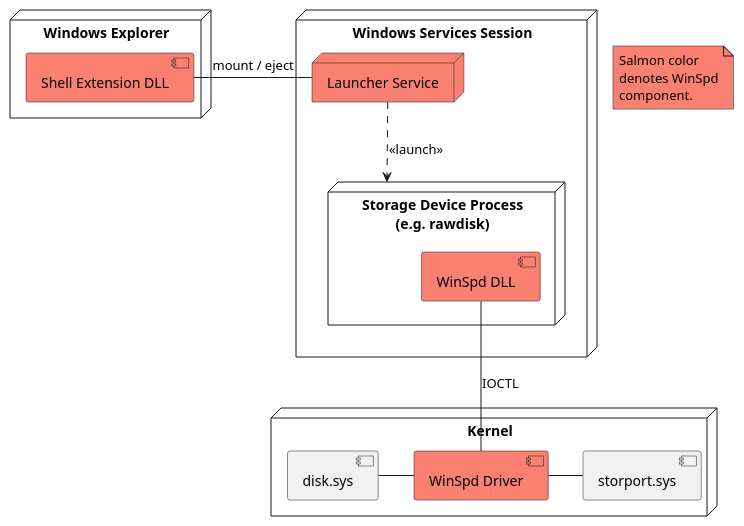
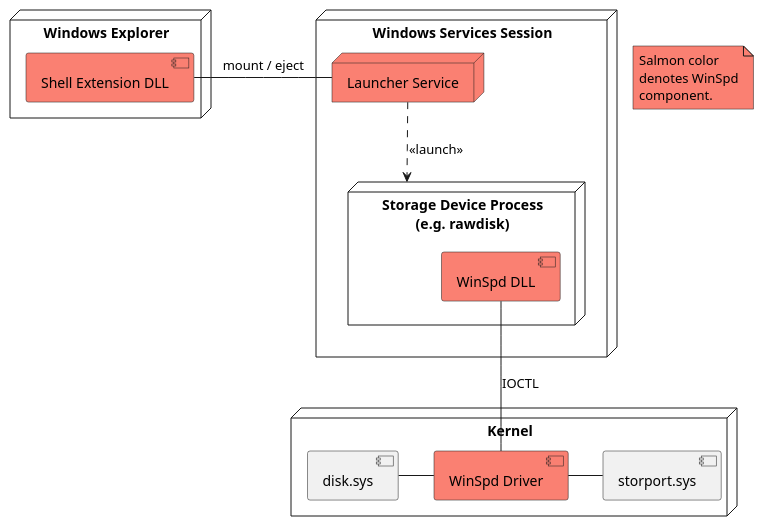
The diagram in doc/architecture.puml (winfsp/winspd), drawn with PlantUML before and after one commit. The commit also changed 2 other files, not shown here.

```diff
--- a/doc/architecture.puml
+++ b/doc/architecture.puml
@@ -1,30 +1,30 @@
 @startuml
 skinparam componentStyle uml2
 
 node "Windows Explorer" as explorer {
     component "Shell Extension DLL" as shellex #Salmon
 }
 
 node "Windows Services Session" as svc {
         node "Launcher Service" as launcher #Salmon
         node "Storage Device Process\n(e.g. rawdisk)" as stgdev {
             component "WinSpd DLL" as dll #Salmon
         }
         launcher ..> stgdev: <<launch>>
 }
 
-shellex - launcher: mount / eject
+shellex - launcher: "   mount / eject   "
 
 node Kernel as kernel {
     component "disk.sys" as disk
     component "WinSpd Driver" as drv #Salmon
     component "storport.sys" as storport
     disk - drv
     drv - storport
 }
 
 dll -- drv: IOCTL
 
 note "Salmon color\ndenotes WinSpd\ncomponent." as n1 #Salmon
 
 @enduml
```
